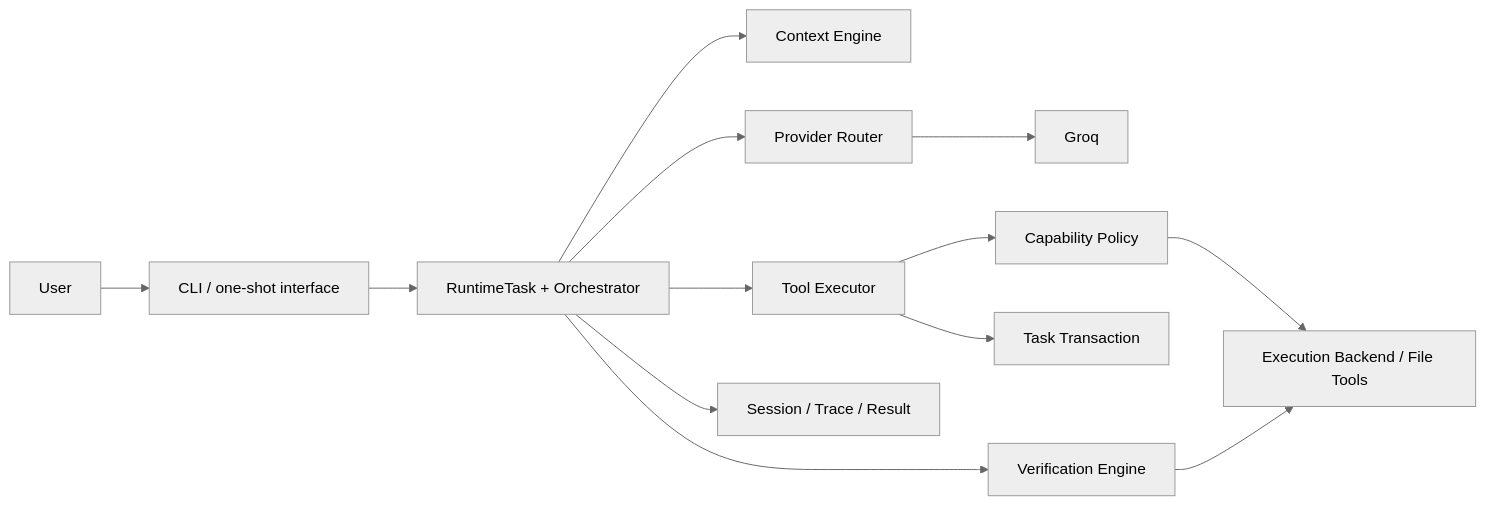
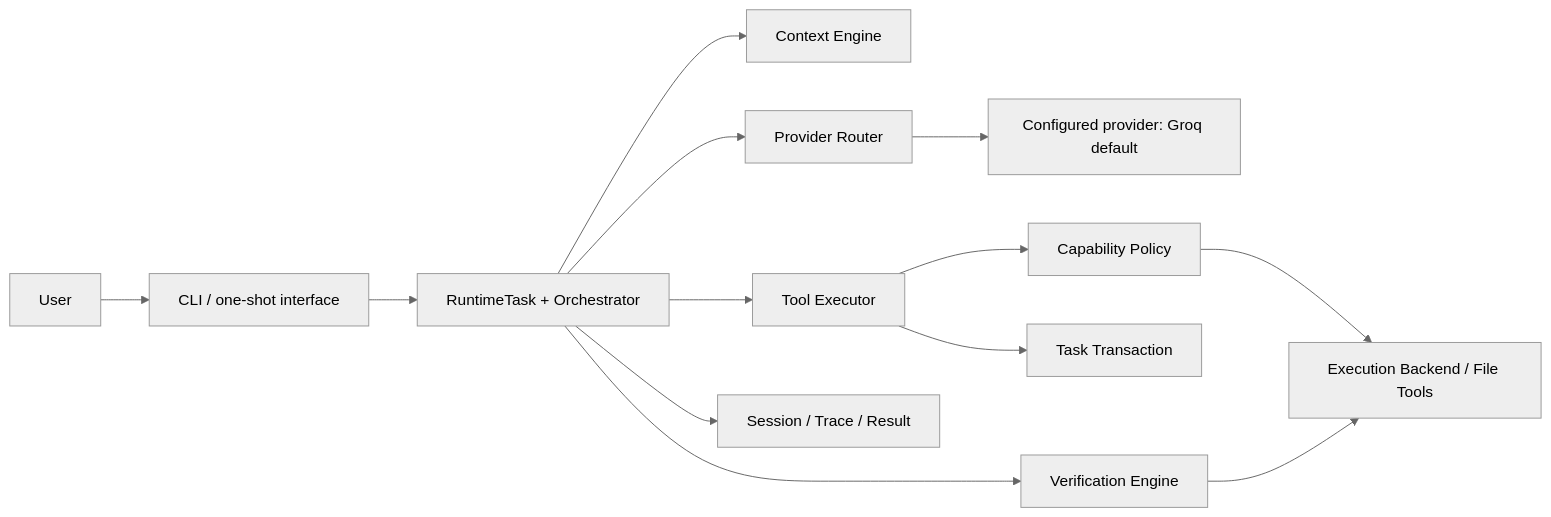
The diagram in README.md (atrx07/Sable-AI), drawn with Mermaid (neutral theme) before and after one commit. The commit also changed other lines of this file and 21 other files, not shown here.

````diff
--- a/README.md
+++ b/README.md
@@ -72,15 +77,15 @@
 ```mermaid
 flowchart LR
     User --> CLI[CLI / one-shot interface]
     CLI --> Runtime[RuntimeTask + Orchestrator]
     Runtime --> Context[Context Engine]
     Runtime --> Router[Provider Router]
-    Router --> Groq
+    Router --> Provider[Configured provider: Groq default]
     Runtime --> Tools[Tool Executor]
     Tools --> Policy[Capability Policy]
     Policy --> Backend[Execution Backend / File Tools]
     Tools --> Txn[Task Transaction]
     Runtime --> Verify[Verification Engine]
     Verify --> Backend
     Runtime --> Evidence[Session / Trace / Result]
 ```
````
